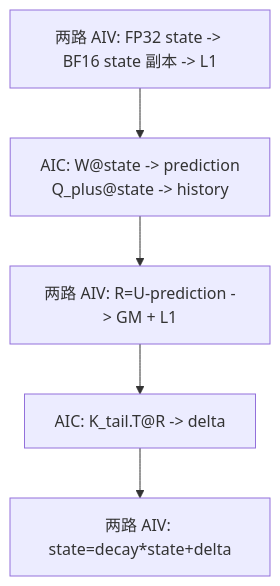
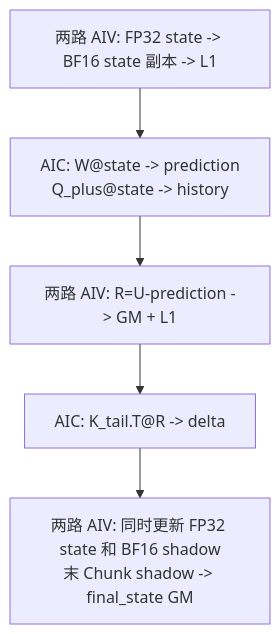
The third of 4 diagrams in Samples/2_Performance/kimi_delta_attn_lite_story/src/v0/README.md (hicann/cann-samples), drawn with Mermaid before and after one commit. The commit also changed other lines of this file and 71 other files, not shown here.

````diff
--- a/Samples/2_Performance/kimi_delta_attn_lite_story/src/v0/README.md
+++ b/Samples/2_Performance/kimi_delta_attn_lite_story/src/v0/README.md
@@ -201,9 +203,9 @@
 ```mermaid
 flowchart TB
     S["两路 AIV: FP32 state -> BF16 state 副本 -> L1"]
     P["AIC: W@state -> prediction<br/>Q_plus@state -> history"]
     R["两路 AIV: R=U-prediction -> GM + L1"]
     D["AIC: K_tail.T@R -> delta"]
-    N["两路 AIV: state=decay*state+delta"]
+    N["两路 AIV: 同时更新 FP32 state 和 BF16 shadow<br/>末 Chunk shadow -> final_state GM"]
     S --> P --> R --> D --> N
 ```
````
